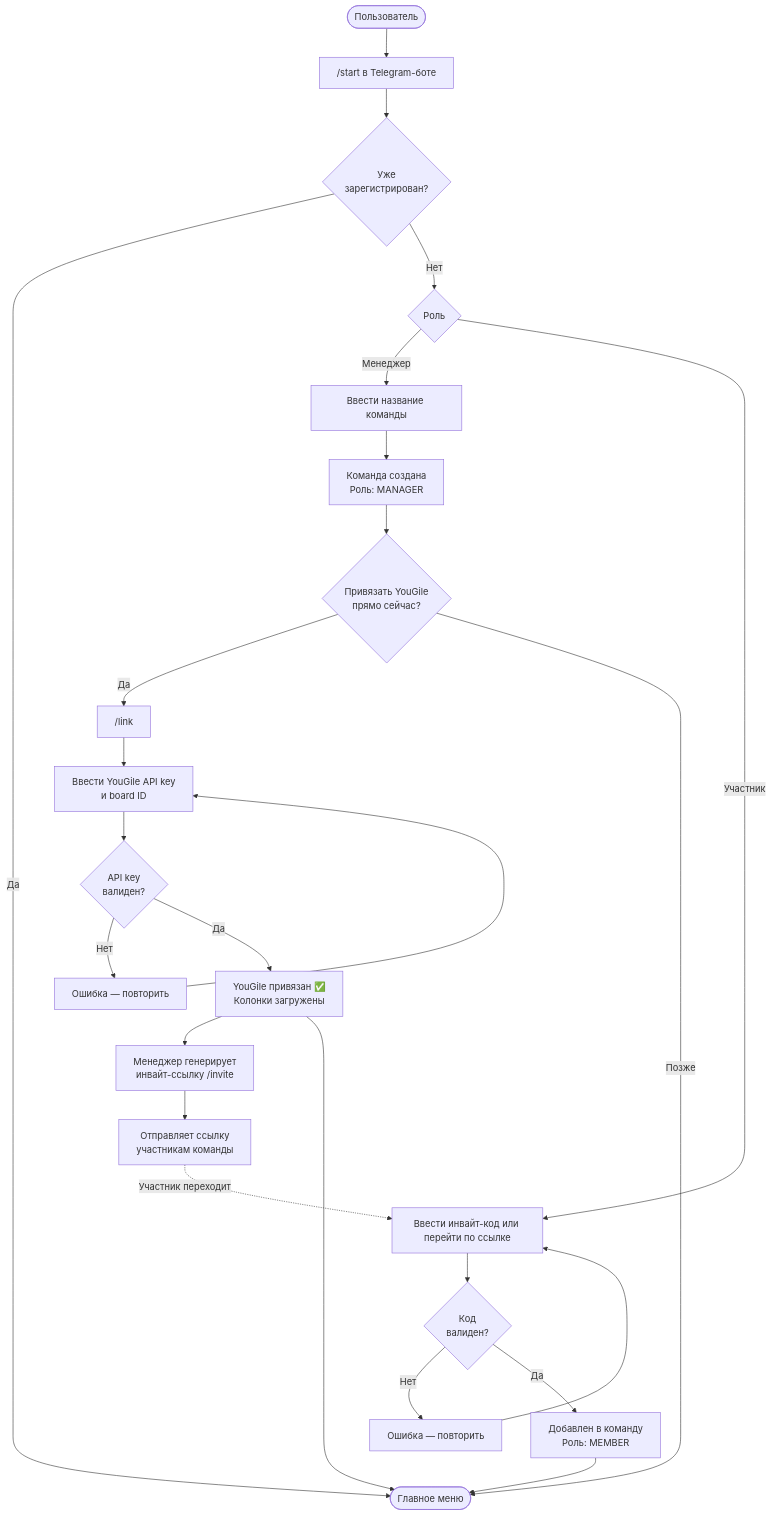
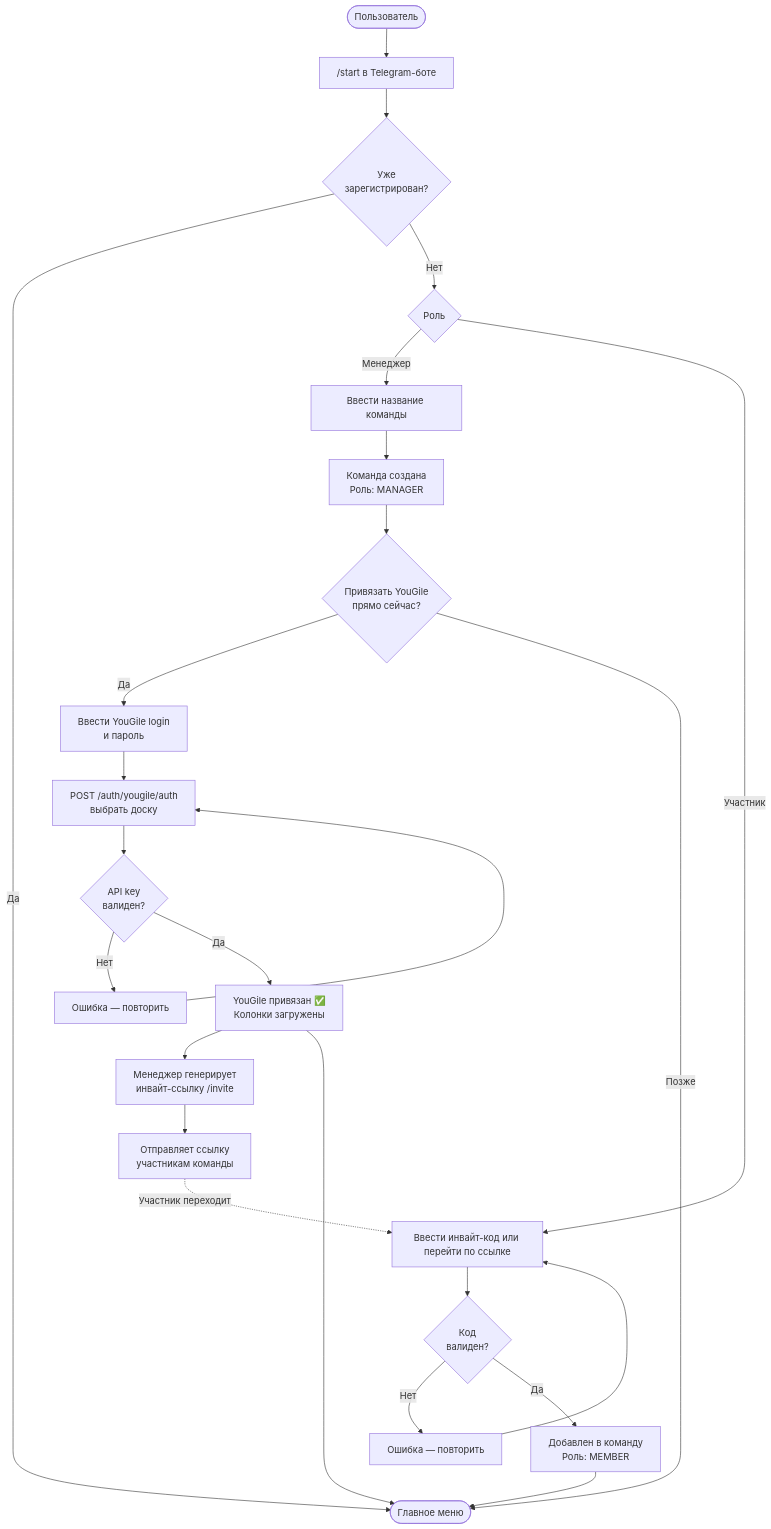
Before and after one commit to 42team-ru/teampilot: the first of 12 diagrams in docs/user-flows.md, drawn with Mermaid. The commit also changed other lines of this file and 2 other files, not shown here.

````diff
--- a/docs/user-flows.md
+++ b/docs/user-flows.md
@@ -27,26 +27,26 @@
 ```mermaid
 flowchart TB
     Start(["Пользователь"]) --> A["/start в Telegram-боте"]
     A --> B{"Уже\nзарегистрирован?"}
     B -- Да --> Menu(["Главное меню"])
     D{"Роль"} -- Менеджер --> E["Ввести название команды"]
     E --> F["Команда создана\nРоль: MANAGER"]
     F --> G{"Привязать YouGile\nпрямо сейчас?"}
-    G -- Да --> H["/link"]
-    H --> I["Ввести YouGile API key\nи board ID"]
+    G -- Да --> H["Ввести YouGile login\nи пароль"]
+    H --> I["POST /auth/yougile/auth\nвыбрать доску"]
     I --> J{"API key\nвалиден?"}
     J -- Нет --> K["Ошибка — повторить"]
     K --> I
     J -- Да --> L["YouGile привязан ✅\nКолонки загружены"]
     L --> M["Менеджер генерирует\nинвайт-ссылку /invite"] & Menu
     M --> N["Отправляет ссылку\nучастникам команды"]
     G -- Позже --> Menu
     D -- Участник --> O["Ввести инвайт-код или перейти по ссылке"]
     O --> P{"Код\nвалиден?"}
     P -- Нет --> Q["Ошибка — повторить"]
     Q --> O
     P -- Да --> R["Добавлен в команду\nРоль: MEMBER"]
     R --> Menu
     N -. Участник переходит .-> O
     B -- Нет --> D
 ```
````
